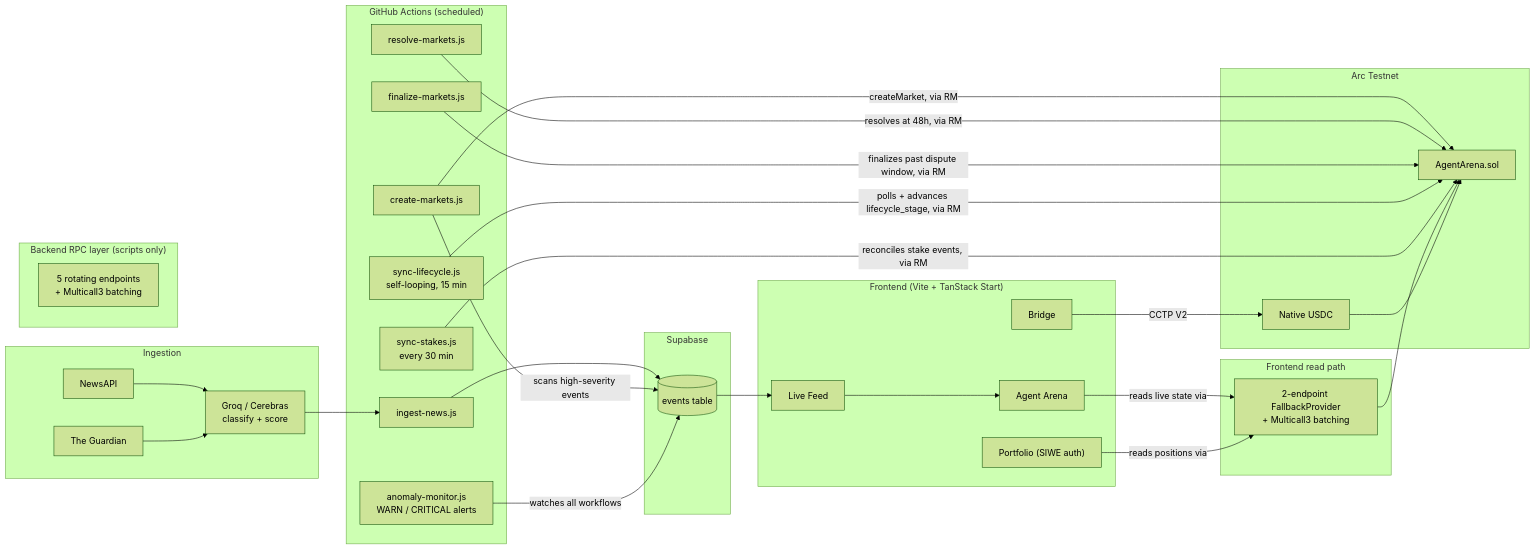
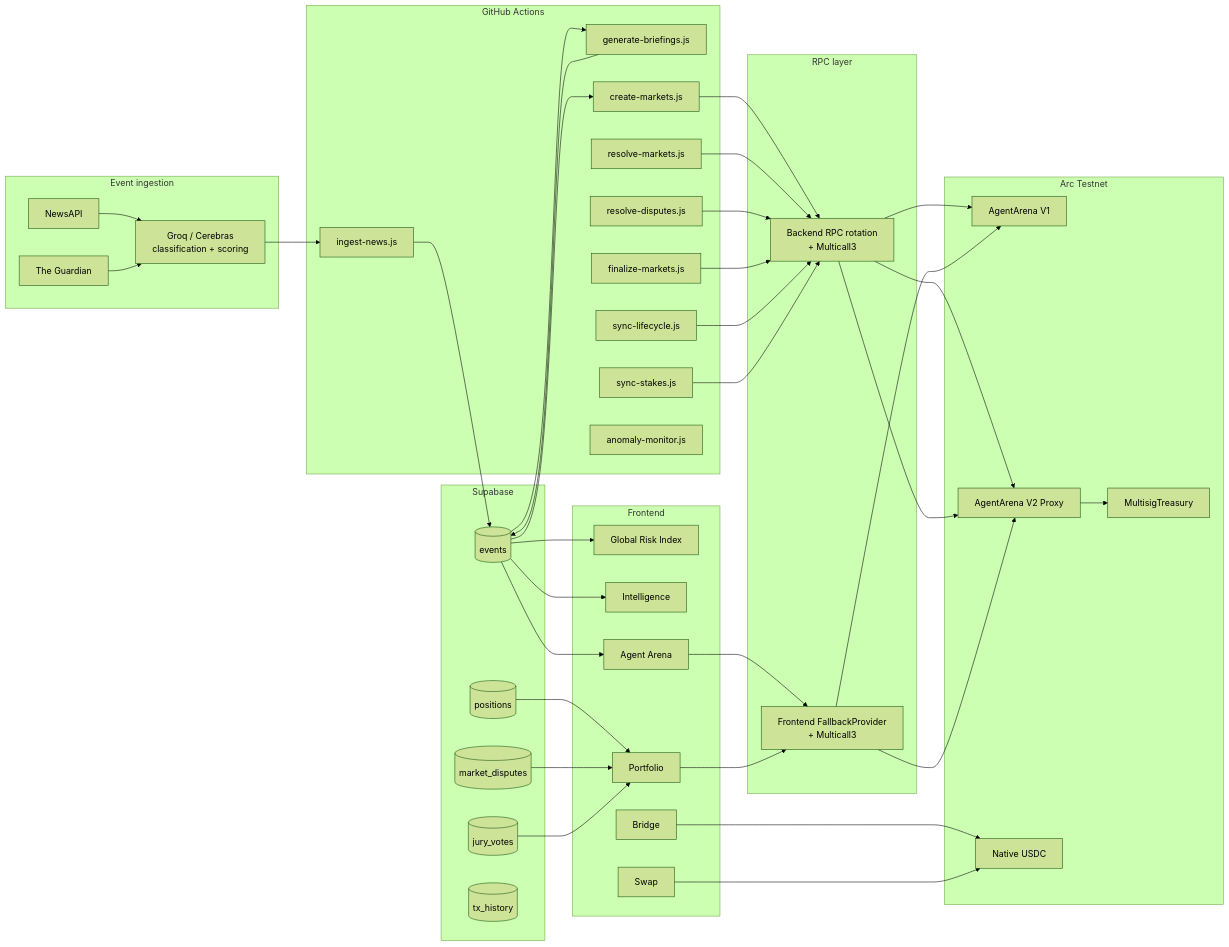
One commit to blocknine0/geomacro changed the first of 13 diagrams in README.md. Above: the diagram before and after it, drawn with Mermaid (forest theme). The commit also changed other lines of this file, not shown here.

````diff
--- a/README.md
+++ b/README.md
@@ -56,60 +94,88 @@
 ```mermaid
 flowchart LR
-    subgraph ingestion[Ingestion]
+    subgraph ingestion["Event ingestion"]
         NA[NewsAPI]
         GD[The Guardian]
-        GR[Groq / Cerebras<br/>classify + score]
+        AI[Groq / Cerebras<br/>classification + scoring]
     end
 
-    subgraph automation["GitHub Actions (scheduled)"]
+    subgraph automation["GitHub Actions"]
         ING[ingest-news.js]
+        BRF[generate-briefings.js]
         CRE[create-markets.js]
         RES[resolve-markets.js]
+        JRY[resolve-disputes.js]
         FIN[finalize-markets.js]
-        SYNC[sync-lifecycle.js<br/>self-looping, 15 min]
-        STK[sync-stakes.js<br/>every 30 min]
-        MON[anomaly-monitor.js<br/>WARN / CRITICAL alerts]
+        SYNC[sync-lifecycle.js]
+        STK[sync-stakes.js]
+        MON[anomaly-monitor.js]
     end
 
-    subgraph data[Supabase]
-        DB[(events table)]
+    subgraph data["Supabase"]
+        EVENTS[(events)]
+        POS[(positions)]
+        DIS[(market_disputes)]
+        VOTES[(jury_votes)]
+        TX[(tx_history)]
     end
 
-    subgraph client["Frontend (Vite + TanStack Start)"]
-        FEED[Live Feed]
+    subgraph client["Frontend"]
+        GRI[Global Risk Index]
+        FEED[Intelligence]
         ARENA[Agent Arena]
+        PORT[Portfolio]
         BRIDGE[Bridge]
-        PORT["Portfolio (SIWE auth)"]
+        SWAP[Swap]
     end
 
-    subgraph rpc["Backend RPC layer (scripts only)"]
-        RM[5 rotating endpoints<br/>+ Multicall3 batching]
+    subgraph rpc["RPC layer"]
+        BACKEND[Backend RPC rotation<br/>+ Multicall3]
+        FRONTEND[Frontend FallbackProvider<br/>+ Multicall3]
     end
 
-    subgraph clientrpc[Frontend read path]
-        FRPC[2-endpoint FallbackProvider<br/>+ Multicall3 batching]
-    end
-
-    subgraph chain[Arc Testnet]
-        CT[AgentArena.sol]
+    subgraph chain["Arc Testnet"]
+        V1[AgentArena V1]
+        V2[AgentArena V2 Proxy]
+        TREASURY[MultisigTreasury]
         USDC[Native USDC]
     end
 
-    NA --> GR --> ING
-    GD --> GR
-    ING --> DB
-    DB --> FEED
-    CRE -->|scans high-severity events| DB
-    CRE -->|createMarket, via RM| CT
-    RES -->|resolves at 48h, via RM| CT
-    FIN -->|finalizes past dispute window, via RM| CT
-    SYNC -->|polls + advances lifecycle_stage, via RM| CT
-    STK -->|reconciles stake events, via RM| CT
-    MON -->|watches all workflows| DB
-    ARENA -->|reads live state via| FRPC
-    FRPC --> CT
-    FEED --> ARENA
-    BRIDGE -->|CCTP V2| USDC
-    PORT -->|reads positions via| FRPC
-    USDC --> CT
+    NA --> AI
+    GD --> AI
+    AI --> ING
+    ING --> EVENTS
+
+    EVENTS --> BRF
+    BRF --> EVENTS
+
+    EVENTS --> CRE
+    CRE --> BACKEND
+    BACKEND --> V2
+
+    RES --> BACKEND
+    JRY --> BACKEND
+    FIN --> BACKEND
+    SYNC --> BACKEND
+    STK --> BACKEND
+
+    BACKEND --> V1
+    BACKEND --> V2
+
+    V2 --> TREASURY
+
+    EVENTS --> GRI
+    EVENTS --> FEED
+    EVENTS --> ARENA
+
+    POS --> PORT
+    DIS --> PORT
+    VOTES --> PORT
+
+    ARENA --> FRONTEND
+    PORT --> FRONTEND
+    FRONTEND --> V1
+    FRONTEND --> V2
+
+    BRIDGE --> USDC
+    SWAP --> USDC
 ```
````
